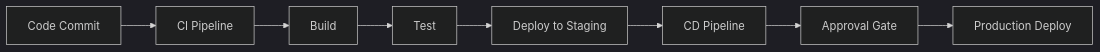
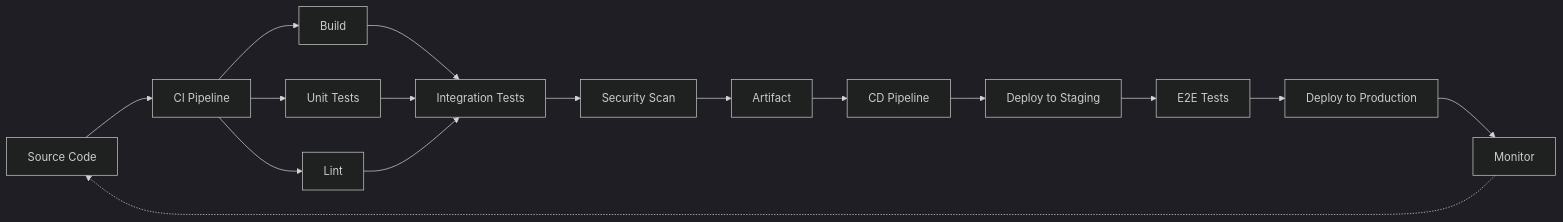
Before and after one commit to Raushan666java/ai-engineering-journey: the first of 3 diagrams in docs/courses/devops/04-cicd.md, drawn with Mermaid (dark theme). The commit also changed other lines of this file and 62 other files, not shown here.

````diff
--- a/docs/courses/devops/04-cicd.md
+++ b/docs/courses/devops/04-cicd.md
@@ -28,10 +34,16 @@
 ```mermaid
 flowchart LR
-    A[Code Commit] --> B[CI Pipeline]
+    A[Source Code] --> B[CI Pipeline]
     B --> C[Build]
-    C --> D[Test]
-    D --> E[Deploy to Staging]
-    E --> F[CD Pipeline]
-    F --> G[Approval Gate]
-    G --> H[Production Deploy]
+    B --> D[Unit Tests]
+    B --> E[Lint]
+    C & D & E --> F[Integration Tests]
+    F --> G[Security Scan]
+    G --> H[Artifact]
+    H --> I[CD Pipeline]
+    I --> J[Deploy to Staging]
+    J --> K[E2E Tests]
+    K --> L[Deploy to Production]
+    L --> M[Monitor]
+    M -.-> A
 ```
````
